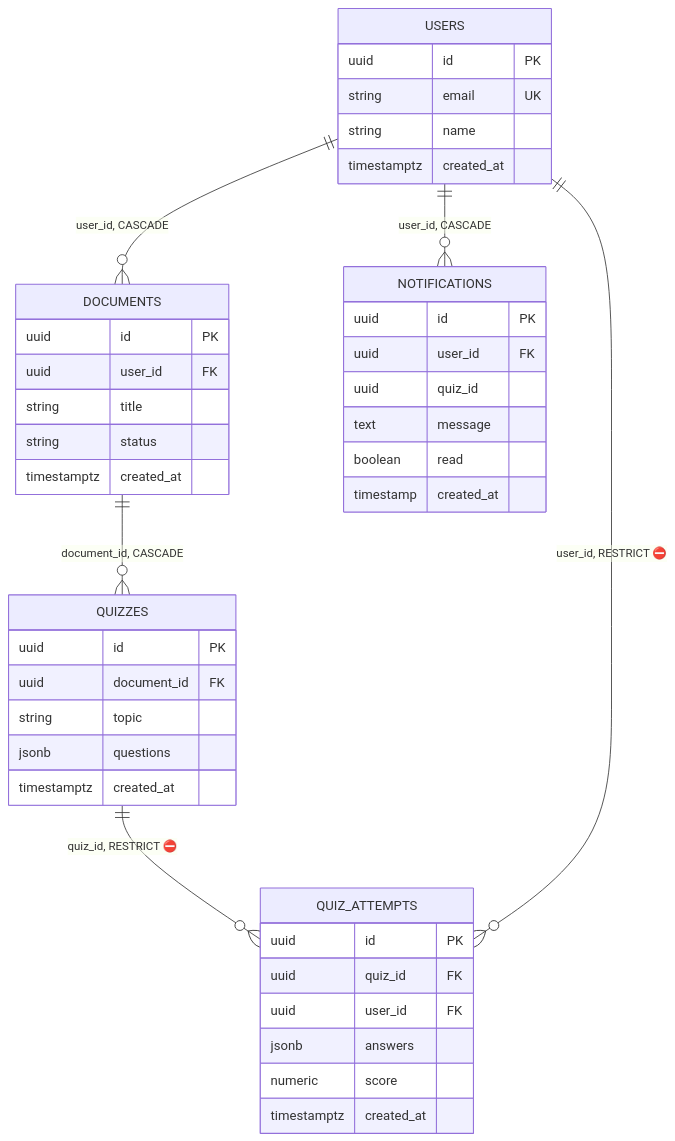
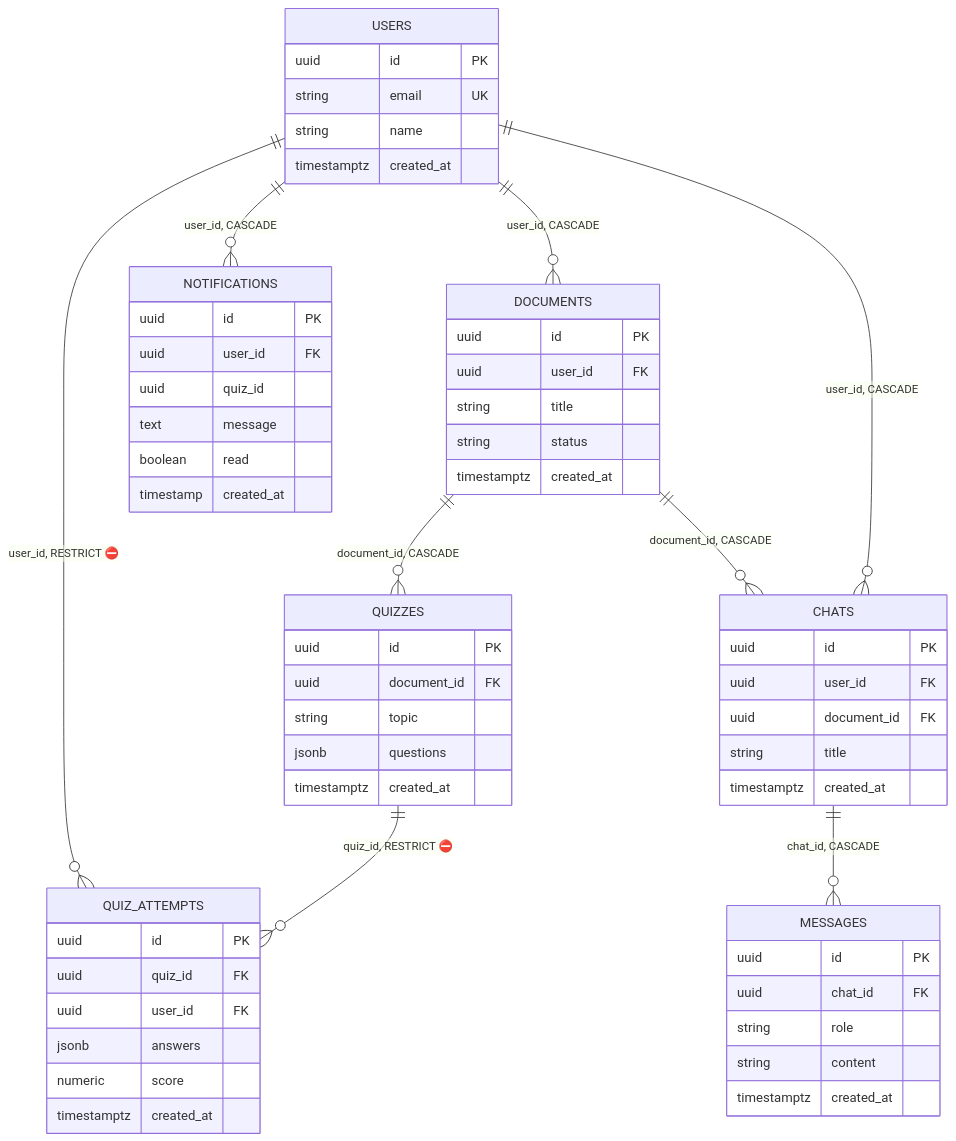
One commit to codeshivamsi-sketch/ai_study_assistant_edumind changed the second of 2 diagrams in docs/architecture.md. Above: the diagram before and after it, drawn with Mermaid. The commit also changed other lines of this file and 1 other file, not shown here.

First line of the commit message:
docs: regenerate blast report and architecture diagrams for chat feature

````diff
--- a/docs/architecture.md
+++ b/docs/architecture.md
@@ -39,45 +49,62 @@
 ```mermaid
 erDiagram
     USERS ||--o{ DOCUMENTS : "user_id, CASCADE"
     DOCUMENTS ||--o{ QUIZZES : "document_id, CASCADE"
     QUIZZES ||--o{ QUIZ_ATTEMPTS : "quiz_id, RESTRICT ⛔"
     USERS ||--o{ QUIZ_ATTEMPTS : "user_id, RESTRICT ⛔"
     USERS ||--o{ NOTIFICATIONS : "user_id, CASCADE"
+    USERS ||--o{ CHATS : "user_id, CASCADE"
+    DOCUMENTS ||--o{ CHATS : "document_id, CASCADE"
+    CHATS ||--o{ MESSAGES : "chat_id, CASCADE"
 
     USERS {
         uuid id PK
         string email UK
         string name
         timestamptz created_at
     }
     DOCUMENTS {
         uuid id PK
         uuid user_id FK
         string title
         string status
         timestamptz created_at
     }
     QUIZZES {
         uuid id PK
         uuid document_id FK
         string topic
         jsonb questions
         timestamptz created_at
     }
     QUIZ_ATTEMPTS {
         uuid id PK
         uuid quiz_id FK
         uuid user_id FK
         jsonb answers
         numeric score
         timestamptz created_at
     }
     NOTIFICATIONS {
         uuid id PK
         uuid user_id FK
         uuid quiz_id
         text message
         boolean read
         timestamp created_at
     }
+    CHATS {
+        uuid id PK
+        uuid user_id FK
+        uuid document_id FK
+        string title
+        timestamptz created_at
+    }
+    MESSAGES {
+        uuid id PK
+        uuid chat_id FK
+        string role
+        string content
+        timestamptz created_at
+    }
 ```
````
